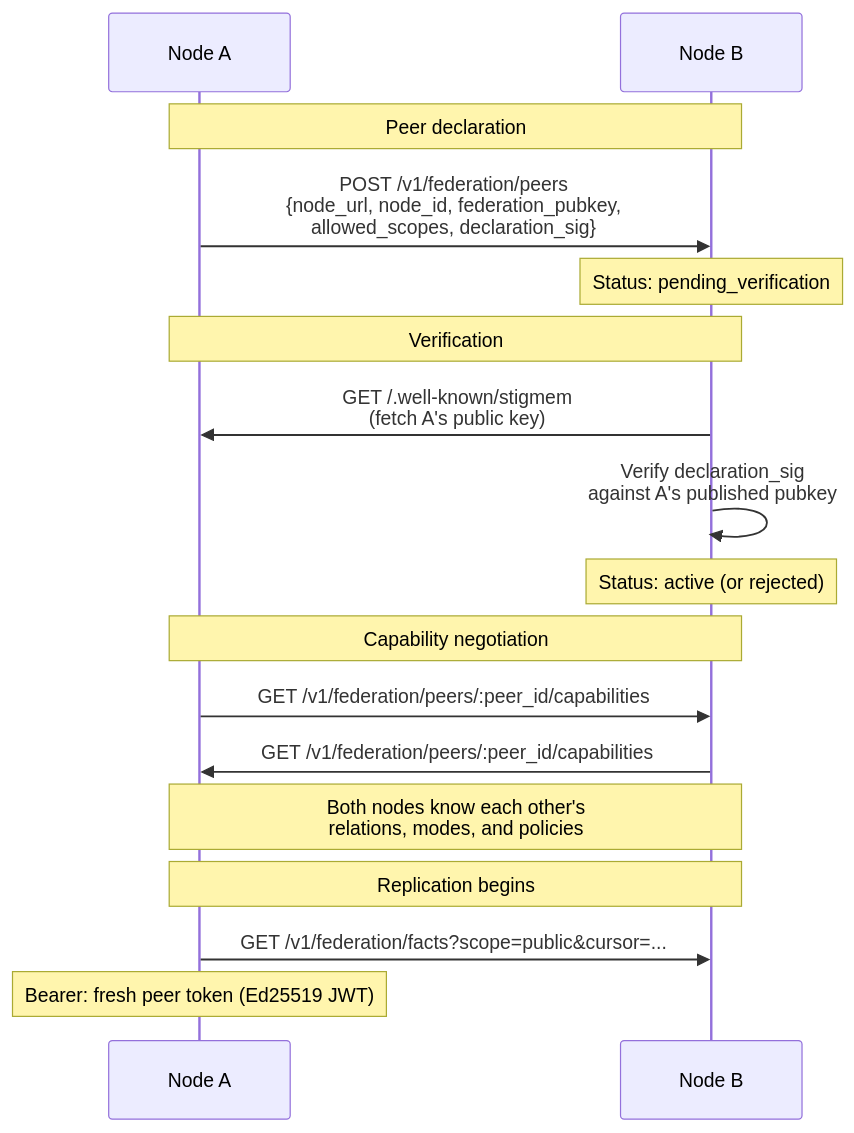
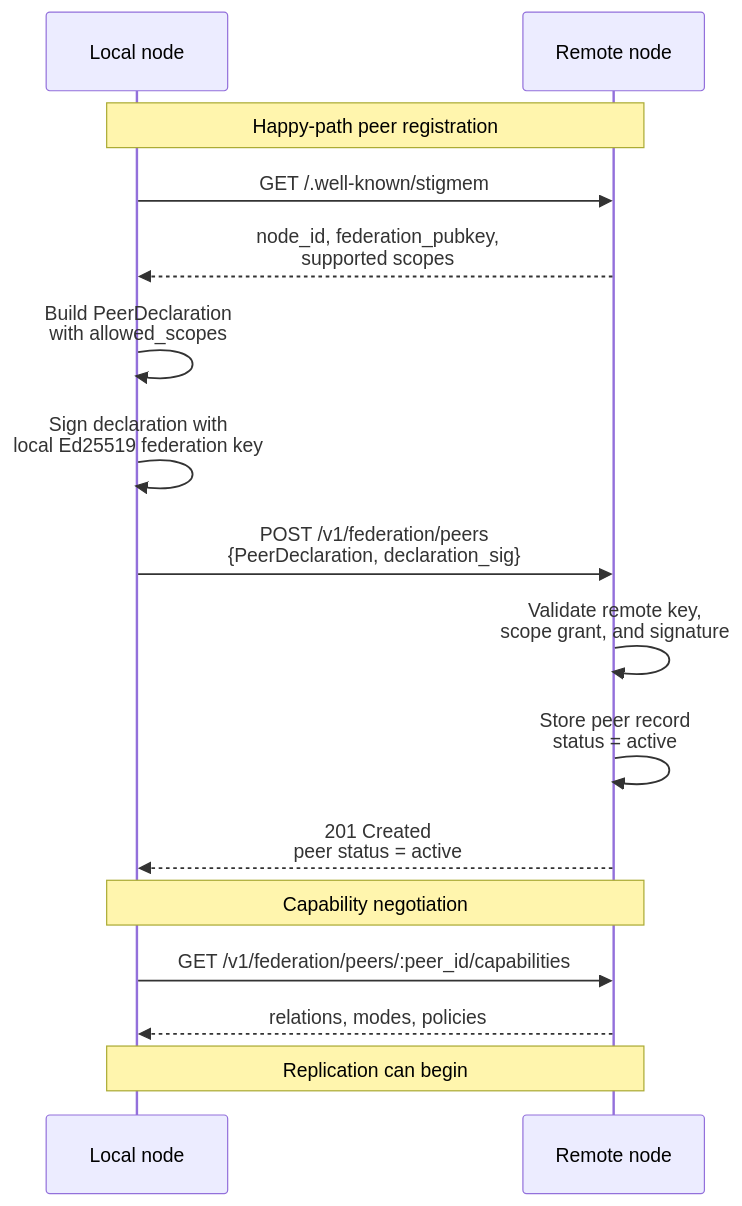
The diagram in docs/docs/concepts/federation/federation-handshake.md (eidetic-labs/stigmem), drawn with Mermaid before and after one commit. The commit also changed other lines of this file, not shown here.

Commit message:
docs: clarify federation handshake sequence (#481)

````diff
--- a/docs/docs/concepts/federation/federation-handshake.md
+++ b/docs/docs/concepts/federation/federation-handshake.md
@@ -28,23 +28,23 @@
 ```mermaid
 sequenceDiagram
-    participant A as Node A
-    participant B as Node B
+    participant Local as Local node
+    participant Remote as Remote node
 
-    Note over A,B: Peer declaration
-    A->>B: POST /v1/federation/peers<br/>{node_url, node_id, federation_pubkey,<br/>allowed_scopes, declaration_sig}
-    Note over B: Status: pending_verification
+    Note over Local,Remote: Happy-path peer registration
 
-    Note over A,B: Verification
-    B->>A: GET /.well-known/stigmem<br/>(fetch A's public key)
-    B->>B: Verify declaration_sig<br/>against A's published pubkey
-    Note over B: Status: active (or rejected)
+    Local->>Remote: GET /.well-known/stigmem
+    Remote-->>Local: node_id, federation_pubkey,<br/>supported scopes
+    Local->>Local: Build PeerDeclaration<br/>with allowed_scopes
+    Local->>Local: Sign declaration with<br/>local Ed25519 federation key
+    Local->>Remote: POST /v1/federation/peers<br/>{PeerDeclaration, declaration_sig}
+    Remote->>Remote: Validate remote key,<br/>scope grant, and signature
+    Remote->>Remote: Store peer record<br/>status = active
+    Remote-->>Local: 201 Created<br/>peer status = active
 
-    Note over A,B: Capability negotiation
-    A->>B: GET /v1/federation/peers/:peer_id/capabilities
-    B->>A: GET /v1/federation/peers/:peer_id/capabilities
-    Note over A,B: Both nodes know each other's<br/>relations, modes, and policies
+    Note over Local,Remote: Capability negotiation
 
-    Note over A,B: Replication begins
-    A->>B: GET /v1/federation/facts?scope=public&cursor=...
-    Note over A: Bearer: fresh peer token (Ed25519 JWT)
+    Local->>Remote: GET /v1/federation/peers/:peer_id/capabilities
+    Remote-->>Local: relations, modes, policies
+
+    Note over Local,Remote: Replication can begin
 ```
````
